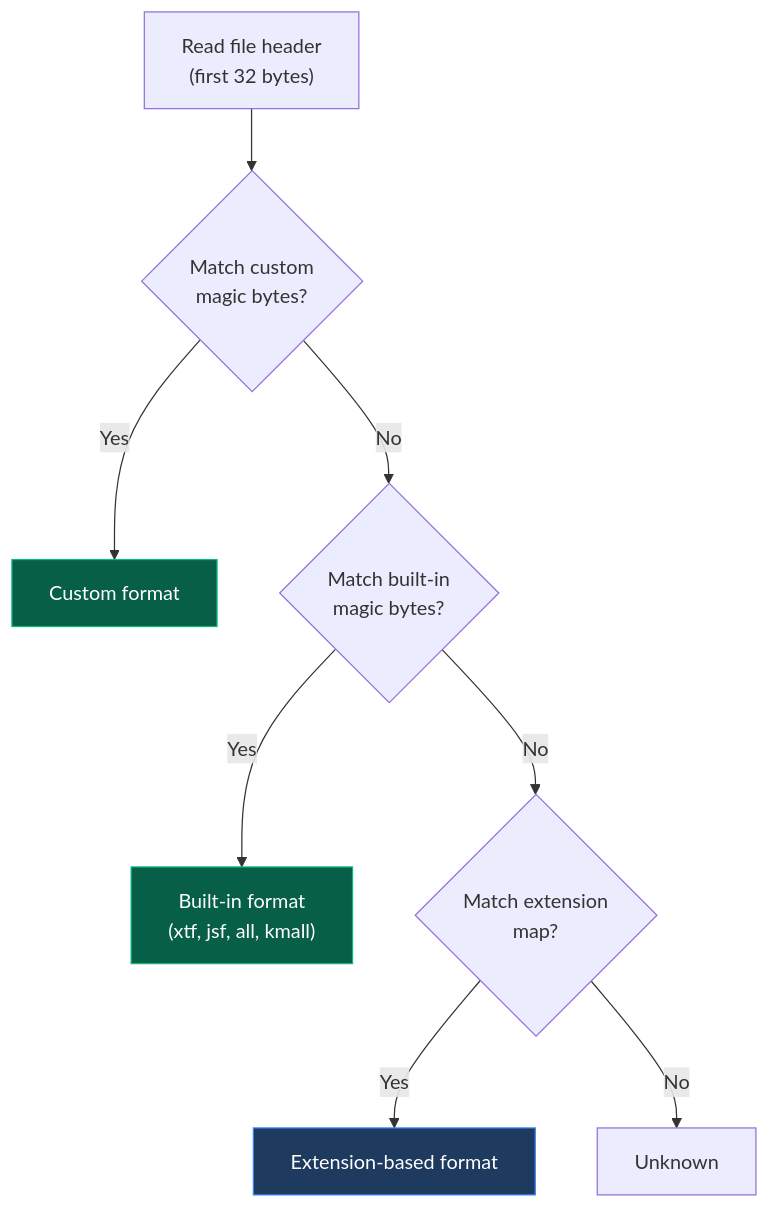
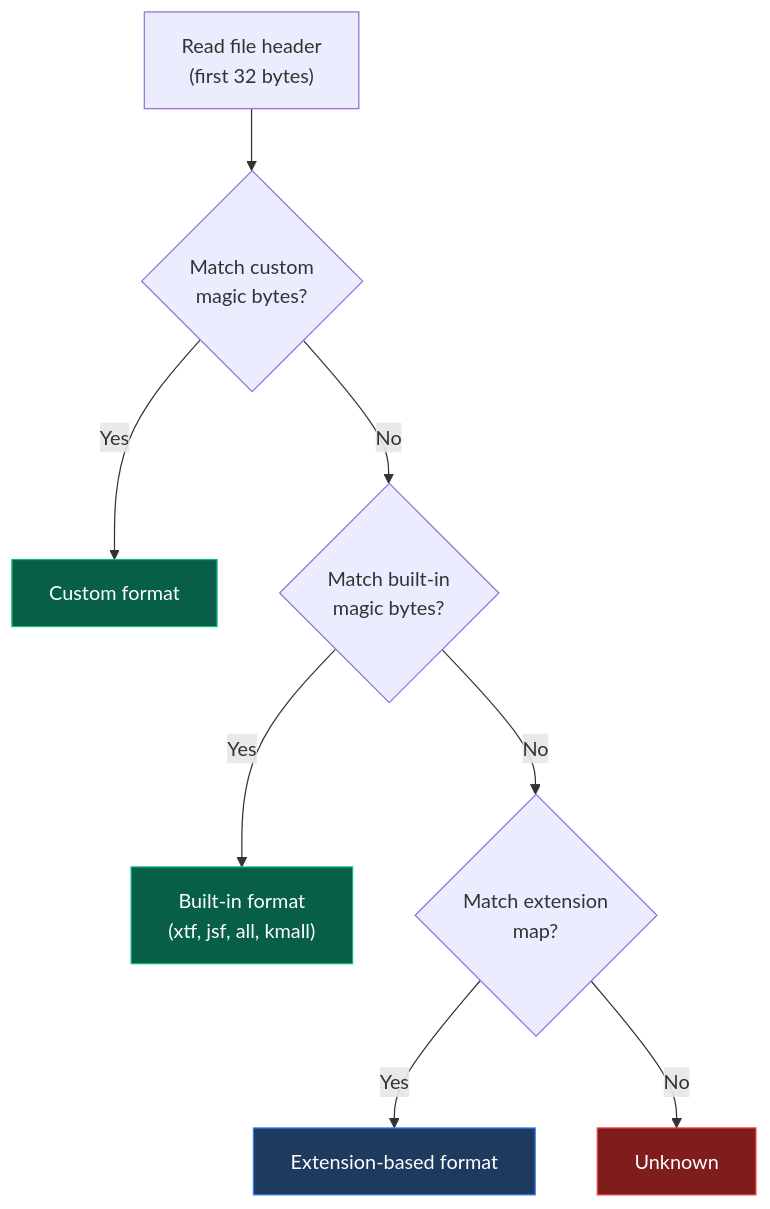
The diagram in docs/src/content/docs/docs/formats/overview.mdx (brandonrc/sonar-catalog), drawn with Mermaid before and after one commit. The commit also changed 2 other files, not shown here.

Commit message:
Fix docs: add html lang attr, style UNKNOWN node, correct config defaults

````diff
--- a/docs/src/content/docs/docs/formats/overview.mdx
+++ b/docs/src/content/docs/docs/formats/overview.mdx
@@ -43,14 +43,15 @@
 ```mermaid
 flowchart TD
     FILE["Read file header\n(first 32 bytes)"] --> CUSTOM{"Match custom\nmagic bytes?"}
     CUSTOM --> |"Yes"| CFMT["Custom format"]
     CUSTOM --> |"No"| BUILTIN{"Match built-in\nmagic bytes?"}
     BUILTIN --> |"Yes"| BFMT["Built-in format\n(xtf, jsf, all, kmall)"]
     BUILTIN --> |"No"| EXT{"Match extension\nmap?"}
     EXT --> |"Yes"| EFMT["Extension-based format"]
     EXT --> |"No"| UNKNOWN["Unknown"]
 
     style CFMT fill:#065f46,stroke:#10b981,color:#fff
     style BFMT fill:#065f46,stroke:#10b981,color:#fff
     style EFMT fill:#1e3a5f,stroke:#3b82f6,color:#fff
+    style UNKNOWN fill:#7f1d1d,stroke:#ef4444,color:#fff
 ```
````
